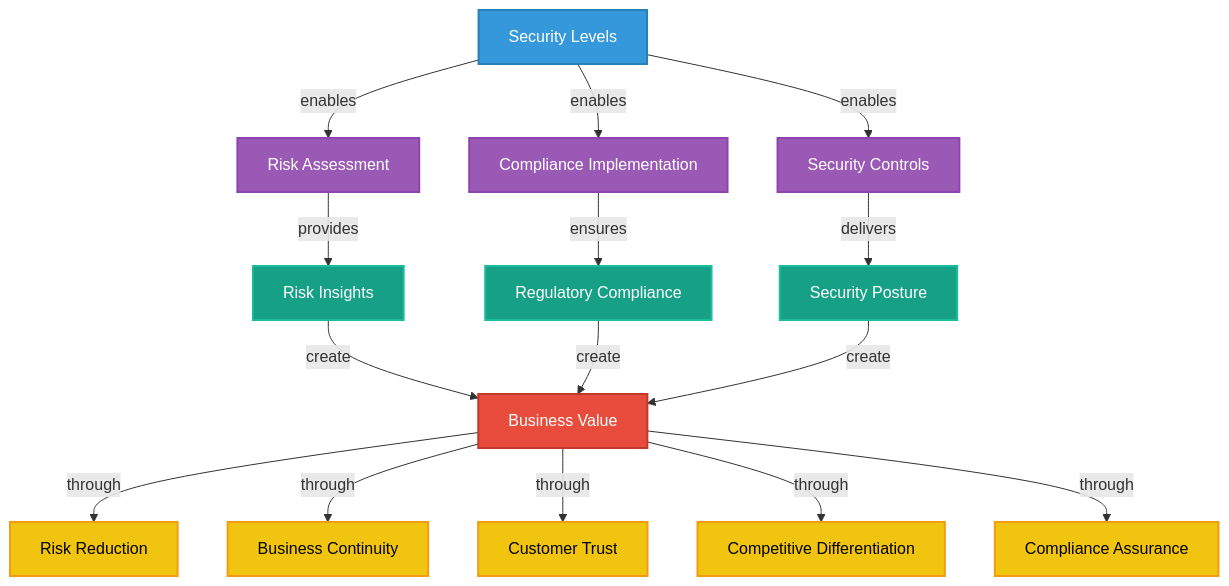
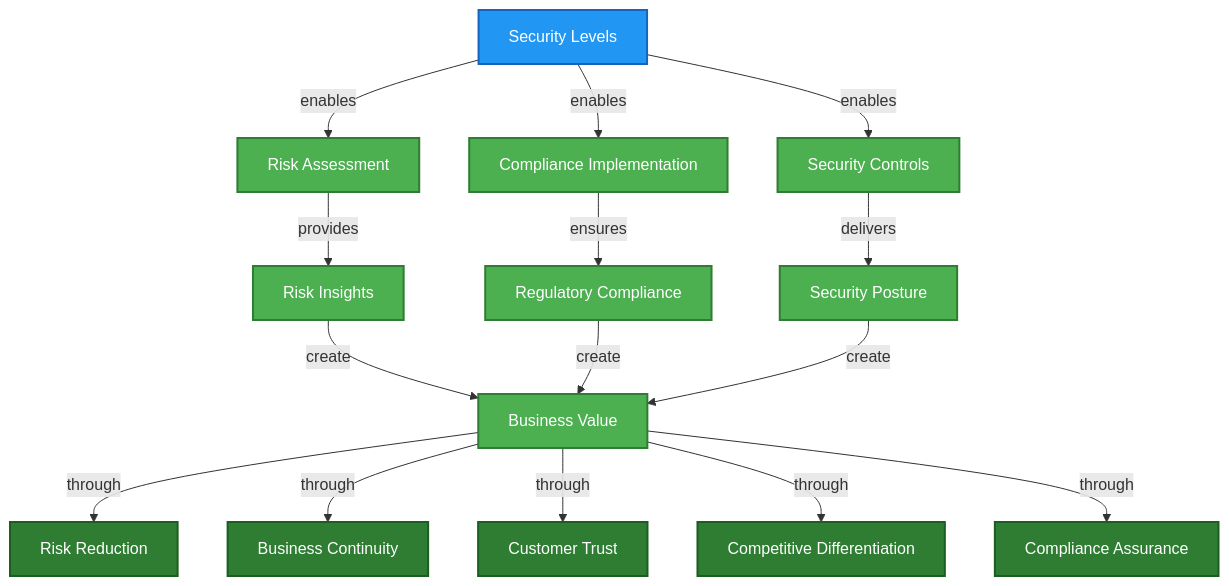
Before and after one commit to step-security-bot/cia-compliance-manager: diagram 13 of 13 in docs/architecture/ARCHITECTURE.md, drawn with Mermaid. The commit also changed other lines of this file and 27 other files, not shown here.

First line of the commit message:
fix: resolve broken mermaid diagrams and improve color coding to match ISMS style guide (#1106)

````diff
--- a/docs/architecture/ARCHITECTURE.md
+++ b/docs/architecture/ARCHITECTURE.md
@@ -939,30 +939,30 @@
 ```mermaid
 flowchart TD
     SL[Security Levels] -->|enables| RA[Risk Assessment]
     SL -->|enables| CI[Compliance Implementation] 
     SL -->|enables| SC[Security Controls]
     
     RA -->|provides| RI[Risk Insights]
     CI -->|ensures| RC[Regulatory Compliance]
     SC -->|delivers| SP[Security Posture]
     
     RI & RC & SP -->|create| BV[Business Value]
     
     BV -->|through| RL[Risk Reduction]
     BV -->|through| BC[Business Continuity]
     BV -->|through| CT[Customer Trust]
     BV -->|through| CD[Competitive Differentiation]
     BV -->|through| CA[Compliance Assurance]
     
-    classDef input fill:#3498db,stroke:#2980b9,stroke-width:2px,color:white
-    classDef process fill:#9b59b6,stroke:#8e44ad,stroke-width:2px,color:white
-    classDef output fill:#16a085,stroke:#1abc9c,stroke-width:2px,color:white
-    classDef value fill:#e74c3c,stroke:#c0392b,stroke-width:2px,color:white
-    classDef benefit fill:#f1c40f,stroke:#f39c12,stroke-width:2px,color:black
+    classDef input fill:#2196F3,stroke:#1565C0,stroke-width:2px,color:#ffffff
+    classDef process fill:#4CAF50,stroke:#2E7D32,stroke-width:2px,color:#ffffff
+    classDef output fill:#4CAF50,stroke:#2E7D32,stroke-width:2px,color:#ffffff
+    classDef value fill:#4CAF50,stroke:#2E7D32,stroke-width:2px,color:#ffffff
+    classDef benefit fill:#2E7D32,stroke:#1B5E20,stroke-width:2px,color:#ffffff
     
     class SL input
     class RA,CI,SC process
     class RI,RC,SP output
     class BV value
     class RL,BC,CT,CD,CA benefit
 ```
````
